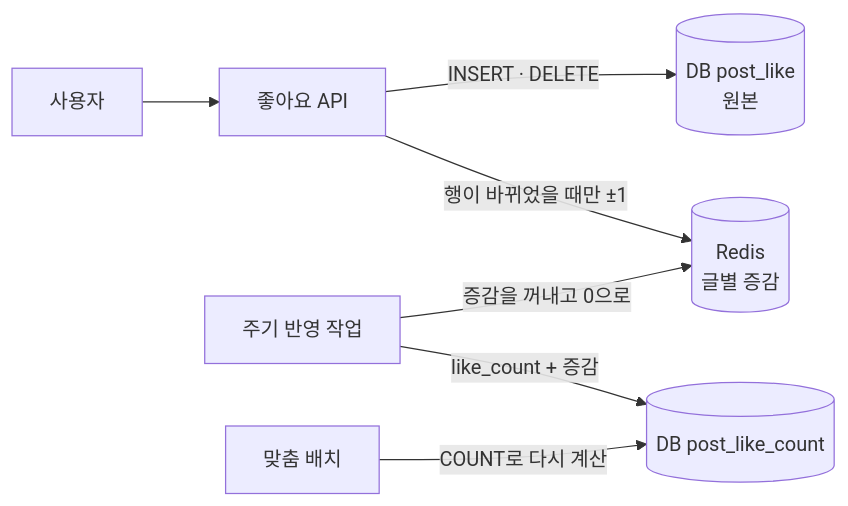
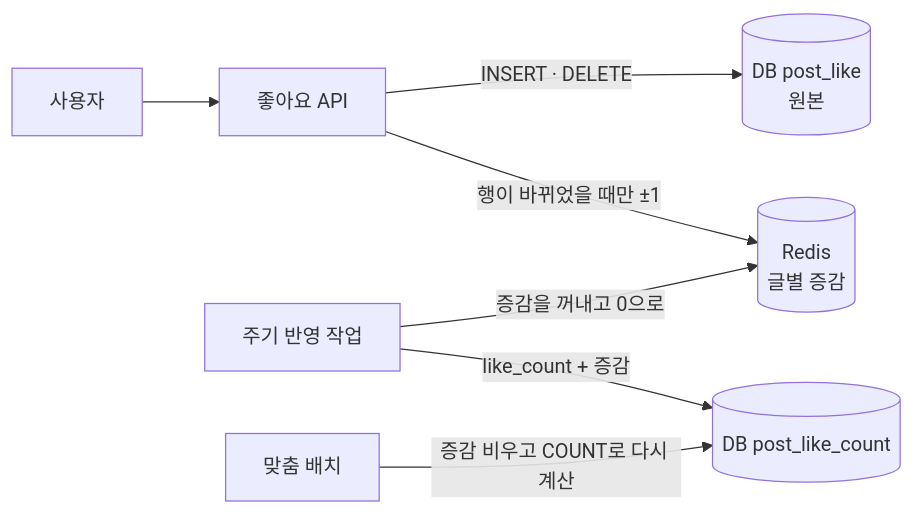
The diagram in 04-design-cases/like-count.md (agent-jeong/backend-lab), drawn with Mermaid before and after one commit. The commit also changed other lines of this file and 46 other files, not shown here.

````diff
--- a/04-design-cases/like-count.md
+++ b/04-design-cases/like-count.md
@@ -86,9 +86,9 @@
 ```mermaid
 flowchart LR
     U[사용자] --> API[좋아요 API]
     API -->|INSERT · DELETE| DB[(DB post_like<br/>원본)]
     API -->|행이 바뀌었을 때만 ±1| R[(Redis<br/>글별 증감)]
     S[주기 반영 작업] -->|증감을 꺼내고 0으로| R
     S -->|like_count + 증감| C[(DB post_like_count)]
-    J[맞춤 배치] -->|COUNT로 다시 계산| C
+    J[맞춤 배치] -->|증감 비우고 COUNT로 다시 계산| C
 ```
````
